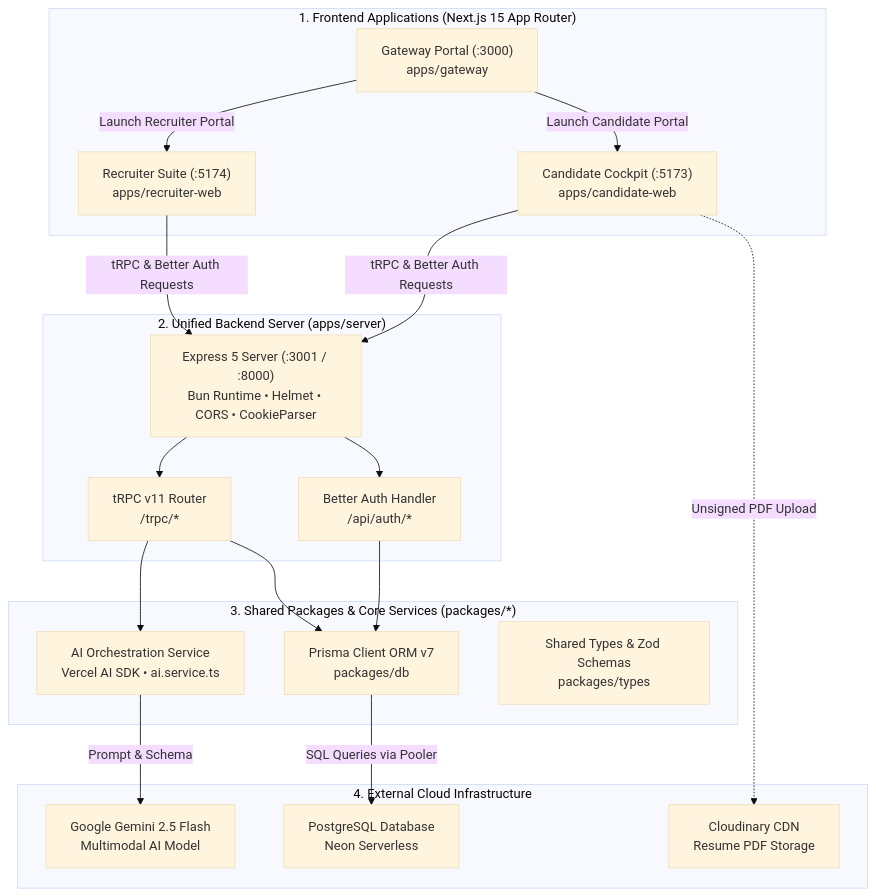
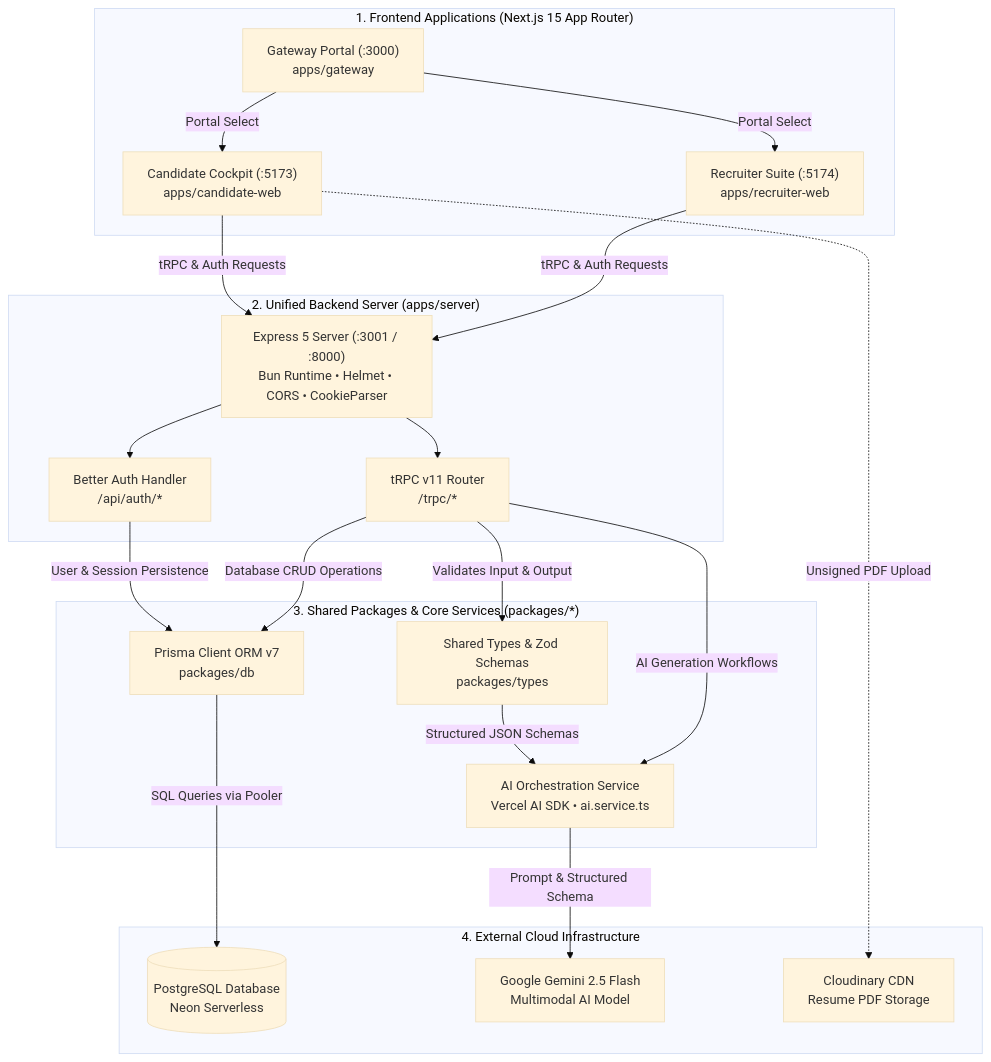
One commit to Suyog241005/interview.ai changed the diagram in docs/architecture.md. Above: the diagram before and after it, drawn with Mermaid (base theme). The commit also changed 1 other file, not shown here.

Commit message:
fix(docs): wire Shared Types in architecture diagram and streamline backend arrow flows

````diff
--- a/docs/architecture.md
+++ b/docs/architecture.md
@@ -7,44 +7,45 @@
 ```mermaid
 flowchart TD
     subgraph Tier1["1. Frontend Applications (Next.js 15 App Router)"]
         GW["Gateway Portal (:3000)<br/>apps/gateway"]
         CW["Candidate Cockpit (:5173)<br/>apps/candidate-web"]
         RW["Recruiter Suite (:5174)<br/>apps/recruiter-web"]
     end
 
     subgraph Tier2["2. Unified Backend Server (apps/server)"]
         SRV["Express 5 Server (:3001 / :8000)<br/>Bun Runtime • Helmet • CORS • CookieParser"]
         AUTH["Better Auth Handler<br/>/api/auth/*"]
         TRPC["tRPC v11 Router<br/>/trpc/*"]
     end
 
     subgraph Tier3["3. Shared Packages & Core Services (packages/*)"]
-        AISVC["AI Orchestration Service<br/>Vercel AI SDK • ai.service.ts"]
         PRISMA["Prisma Client ORM v7<br/>packages/db"]
         TYPES["Shared Types & Zod Schemas<br/>packages/types"]
+        AISVC["AI Orchestration Service<br/>Vercel AI SDK • ai.service.ts"]
     end
 
     subgraph Tier4["4. External Cloud Infrastructure"]
+        POSTGRES[("PostgreSQL Database<br/>Neon Serverless")]
         GEMINI["Google Gemini 2.5 Flash<br/>Multimodal AI Model"]
-        POSTGRES["PostgreSQL Database<br/>Neon Serverless"]
         CLOUDINARY["Cloudinary CDN<br/>Resume PDF Storage"]
     end
 
-    GW -->|Launch Candidate Portal| CW
-    GW -->|Launch Recruiter Portal| RW
+    GW -->|Portal Select| CW
+    GW -->|Portal Select| RW
 
-    CW -->|tRPC & Better Auth Requests| SRV
-    RW -->|tRPC & Better Auth Requests| SRV
-
-    CW -.->|Unsigned PDF Upload| CLOUDINARY
+    CW -->|tRPC & Auth Requests| SRV
+    RW -->|tRPC & Auth Requests| SRV
 
     SRV --> AUTH
     SRV --> TRPC
 
-    AUTH --> PRISMA
-    TRPC --> AISVC
-    TRPC --> PRISMA
+    AUTH -->|User & Session Persistence| PRISMA
+    TRPC -->|Database CRUD Operations| PRISMA
+    TRPC -->|Validates Input & Output| TYPES
+    TYPES -->|Structured JSON Schemas| AISVC
+    TRPC -->|AI Generation Workflows| AISVC
 
-    AISVC -->|Prompt & Schema| GEMINI
     PRISMA -->|SQL Queries via Pooler| POSTGRES
+    AISVC -->|Prompt & Structured Schema| GEMINI
+    CW -.->|Unsigned PDF Upload| CLOUDINARY
 ```
````
